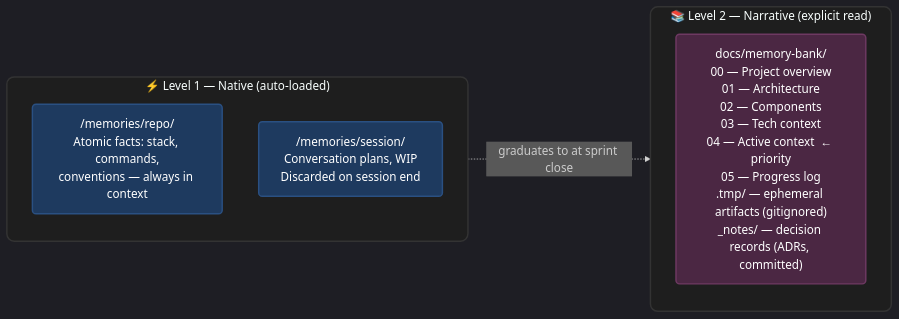
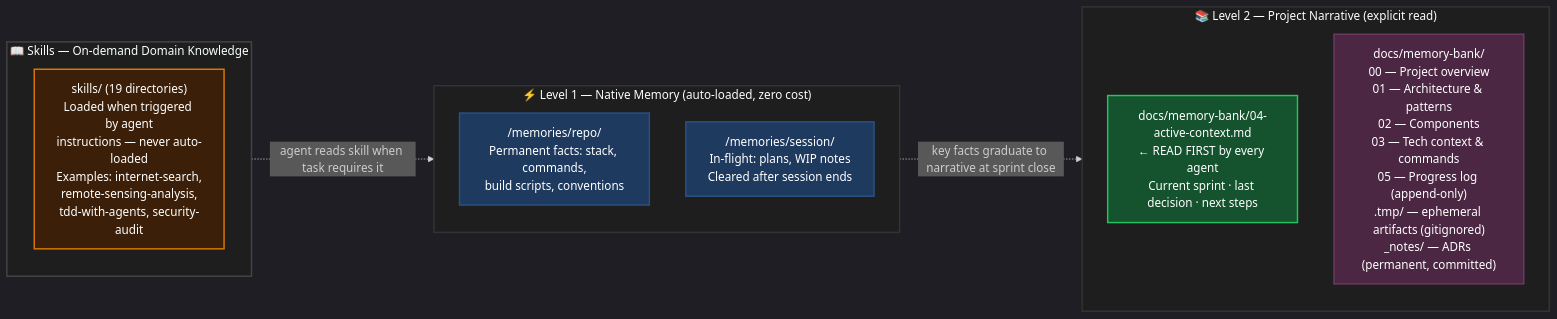
Before and after one commit to ils15/pantheon: the second of 2 diagrams in README.md, drawn with Mermaid. The commit also changed other lines of this file, not shown here.

First line of the commit message:
Agents table — Completely rebuilt with 4 columns (Agent | Specialty | Key capabilities | When to call):

````diff
--- a/README.md
+++ b/README.md
@@ -266,22 +279,32 @@
 ```mermaid
 %%{init: {'theme': 'dark'}}%%
 flowchart LR
-    classDef default fill:#2d2d2d,stroke:#555,stroke-width:1px,color:#eee,rx:5px,ry:5px;
-    classDef level1 fill:#1e3a5f,stroke:#2a5082,stroke-width:2px,color:#fff;
-    classDef level2 fill:#4b2743,stroke:#6e3962,stroke-width:2px,color:#fff;
+    classDef skills fill:#3b1f08,stroke:#d97706,stroke-width:2px,color:#fff
+    classDef level1 fill:#1e3a5f,stroke:#2a5082,stroke-width:2px,color:#fff
+    classDef level2a fill:#14532d,stroke:#22c55e,stroke-width:2px,color:#fff
+    classDef level2b fill:#4b2743,stroke:#6e3962,stroke-width:2px,color:#fff
 
-    subgraph L1["⚡ Level 1 — Native (auto-loaded)"]
+    subgraph L0["📖 Skills — On-demand Domain Knowledge"]
         direction TB
-        MR["/memories/repo/<br/>Atomic facts: stack, commands,<br/>conventions — always in context"]:::level1
-        MS["/memories/session/<br/>Conversation plans, WIP<br/>Discarded on session end"]:::level1
+        SK["skills/ (19 directories)<br/>Loaded when triggered by agent<br/>instructions — never auto-loaded<br/>Examples: internet-search,<br/>remote-sensing-analysis,<br/>tdd-with-agents, security-audit"]:::skills
     end
 
-    subgraph L2["📚 Level 2 — Narrative (explicit read)"]
-        MB["docs/memory-bank/<br/>00 — Project overview<br/>01 — Architecture<br/>02 — Components<br/>03 — Tech context<br/>04 — Active context  ← priority<br/>05 — Progress log<br/>.tmp/ — ephemeral artifacts (gitignored)<br/>_notes/ — decision records (ADRs, committed)"]:::level2
+    subgraph L1["⚡ Level 1 — Native Memory (auto-loaded, zero cost)"]
+        direction TB
+        MR["/memories/repo/<br/>Permanent facts: stack, commands,<br/>build scripts, conventions"]:::level1
+        MS["/memories/session/<br/>In-flight: plans, WIP notes<br/>Cleared after session ends"]:::level1
     end
 
-    L1 -. "graduates to at sprint close" .-> L2
-    
-    style L1 fill:#1e1e1e,stroke:#333,stroke-width:2px,rx:10px
-    style L2 fill:#1e1e1e,stroke:#333,stroke-width:2px,rx:10px
+    subgraph L2["📚 Level 2 — Project Narrative (explicit read)"]
+        direction TB
+        AC["docs/memory-bank/04-active-context.md<br/>← READ FIRST by every agent<br/>Current sprint · last decision · next steps"]:::level2a
+        MB["docs/memory-bank/<br/>00 — Project overview<br/>01 — Architecture & patterns<br/>02 — Components<br/>03 — Tech context & commands<br/>05 — Progress log (append-only)<br/>.tmp/ — ephemeral artifacts (gitignored)<br/>_notes/ — ADRs (permanent, committed)"]:::level2b
+    end
+
+    L0 -. "agent reads skill when task requires it" .-> L1
+    L1 -. "key facts graduate to narrative at sprint close" .-> L2
+
+    style L0 fill:#1e1e1e,stroke:#444,stroke-width:2px
+    style L1 fill:#1e1e1e,stroke:#333,stroke-width:2px
+    style L2 fill:#1e1e1e,stroke:#333,stroke-width:2px
 ```
````
